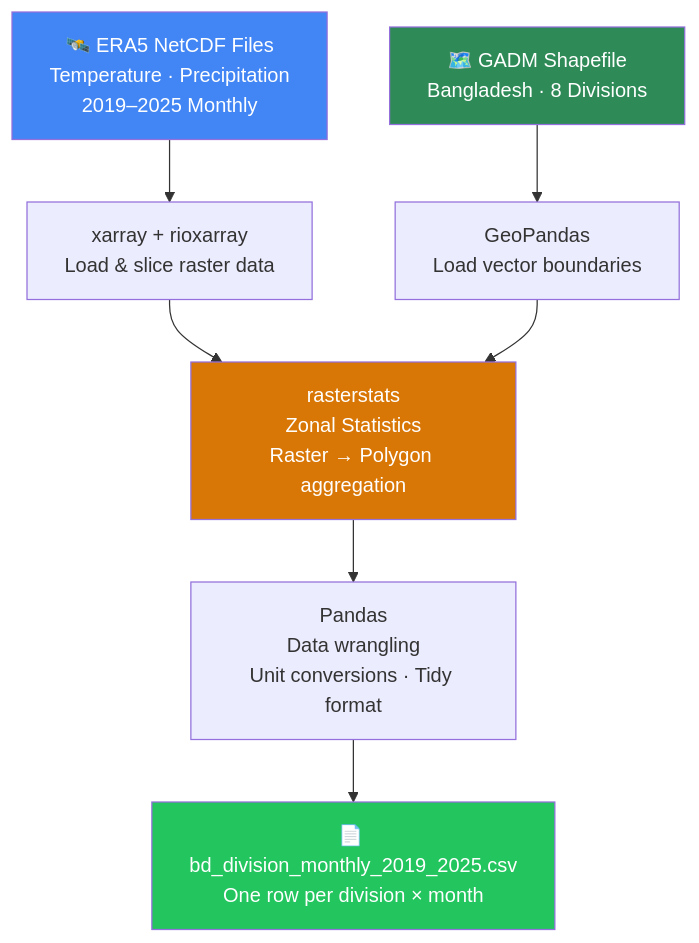
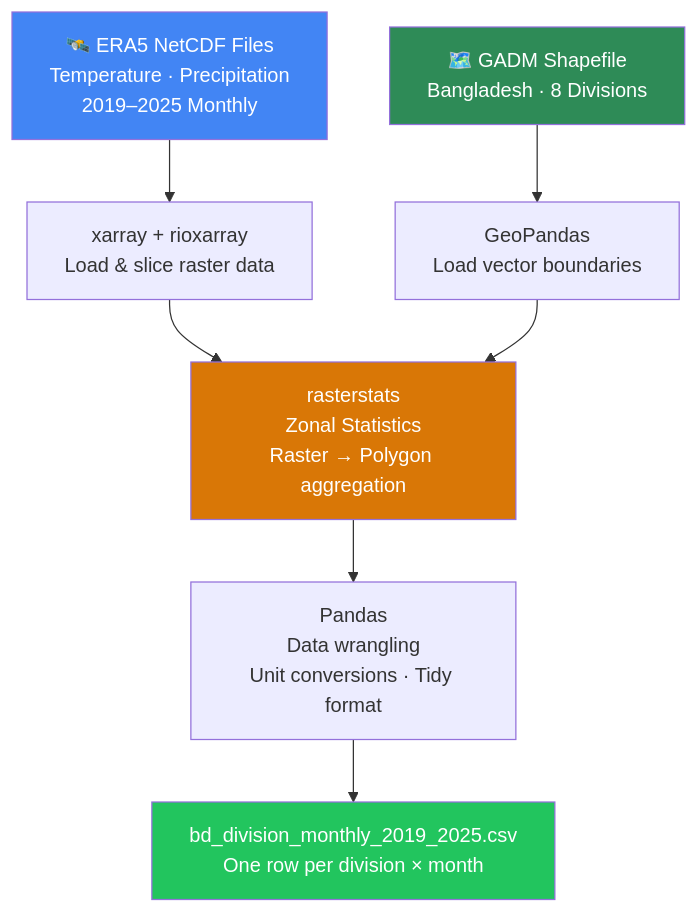
Before and after one commit to a-r-ashik/Data-Analysis: the sixth of 7 diagrams in README.md, drawn with Mermaid. The commit also changed other lines of this file, not shown here.

````diff
--- a/README.md
+++ b/README.md
@@ -269,16 +269,16 @@
 ```mermaid
 flowchart TD
     A[🛰️ ERA5 NetCDF Files\nTemperature · Precipitation\n2019–2025 Monthly] --> B[xarray + rioxarray\nLoad & slice raster data]
     C[🗺️ GADM Shapefile\nBangladesh · 8 Divisions] --> D[GeoPandas\nLoad vector boundaries]
 
     B --> E[rasterstats\nZonal Statistics\nRaster → Polygon aggregation]
     D --> E
 
     E --> F[Pandas\nData wrangling\nUnit conversions · Tidy format]
-    F --> G[📄 bd_division_monthly_2019_2025.csv\nOne row per division × month]
+    F --> G[ bd_division_monthly_2019_2025.csv\nOne row per division × month]
 
     style A fill:#4285F4,color:#fff
     style C fill:#2E8B57,color:#fff
     style E fill:#D97706,color:#fff
     style G fill:#22C55E,color:#fff
 ```
````
